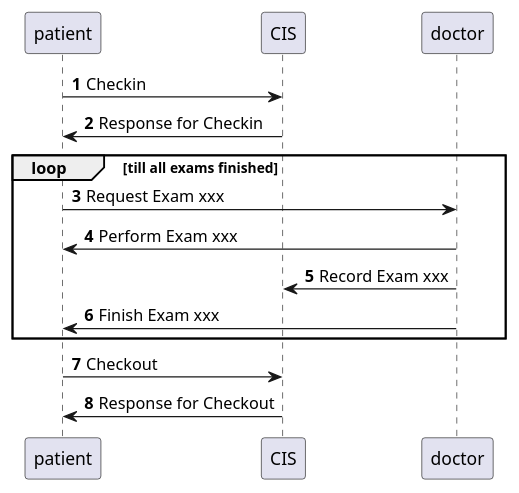
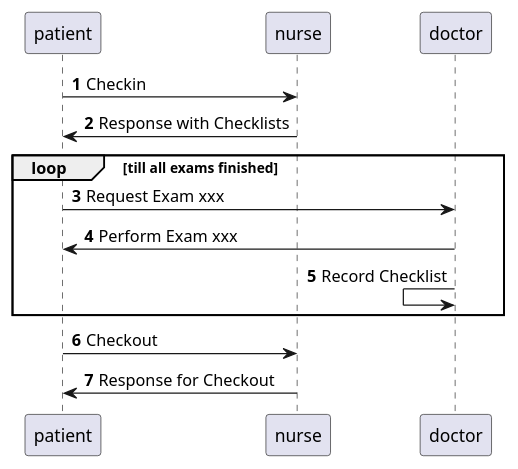
One commit to twotwo/microservice-physical-exam changed the third of 4 diagrams in README.md. Above: the diagram before and after it, drawn with PlantUML. The commit also changed other lines of this file and 18 other files, not shown here.

Commit message:
Use Cases and Sequence Diagrams

````diff
--- a/README.md
+++ b/README.md
@@ -53,15 +57,14 @@
 ```plantuml
 @startuml
 autonumber
-patient -> CIS : Checkin
-patient <- CIS : Response for Checkin
+patient -> nurse : Checkin
+patient <- nurse : Response with Checklists
 loop till all exams finished
   patient -> doctor : Request Exam xxx
   patient <- doctor : Perform Exam xxx
-  CIS <- doctor : Record Exam xxx
-  patient <- doctor : Finish Exam xxx
+  doctor <- doctor : Record Checklist
 end
-patient -> CIS : Checkout
-patient <- CIS : Response for Checkout
+patient -> nurse : Checkout
+patient <- nurse : Response for Checkout
 @enduml
 ```
````
